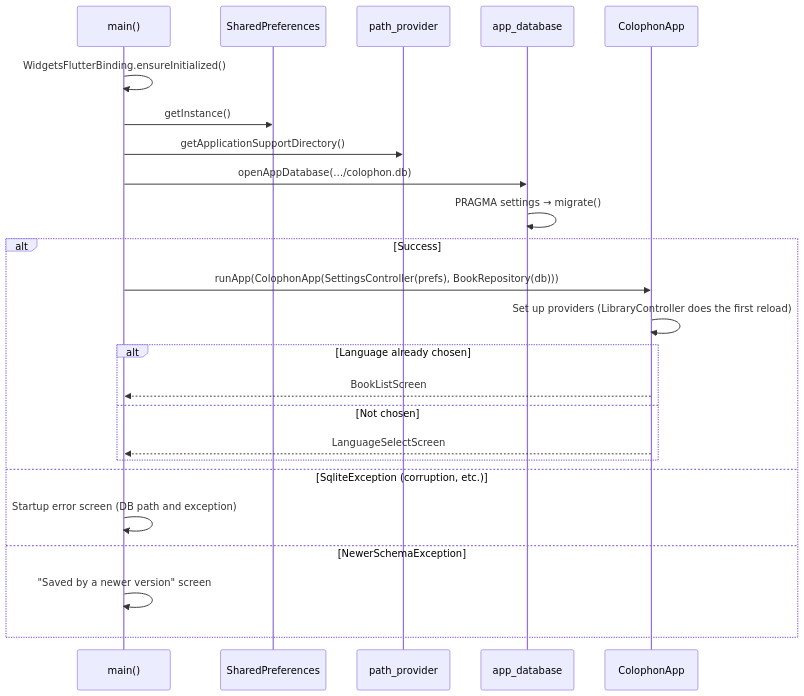
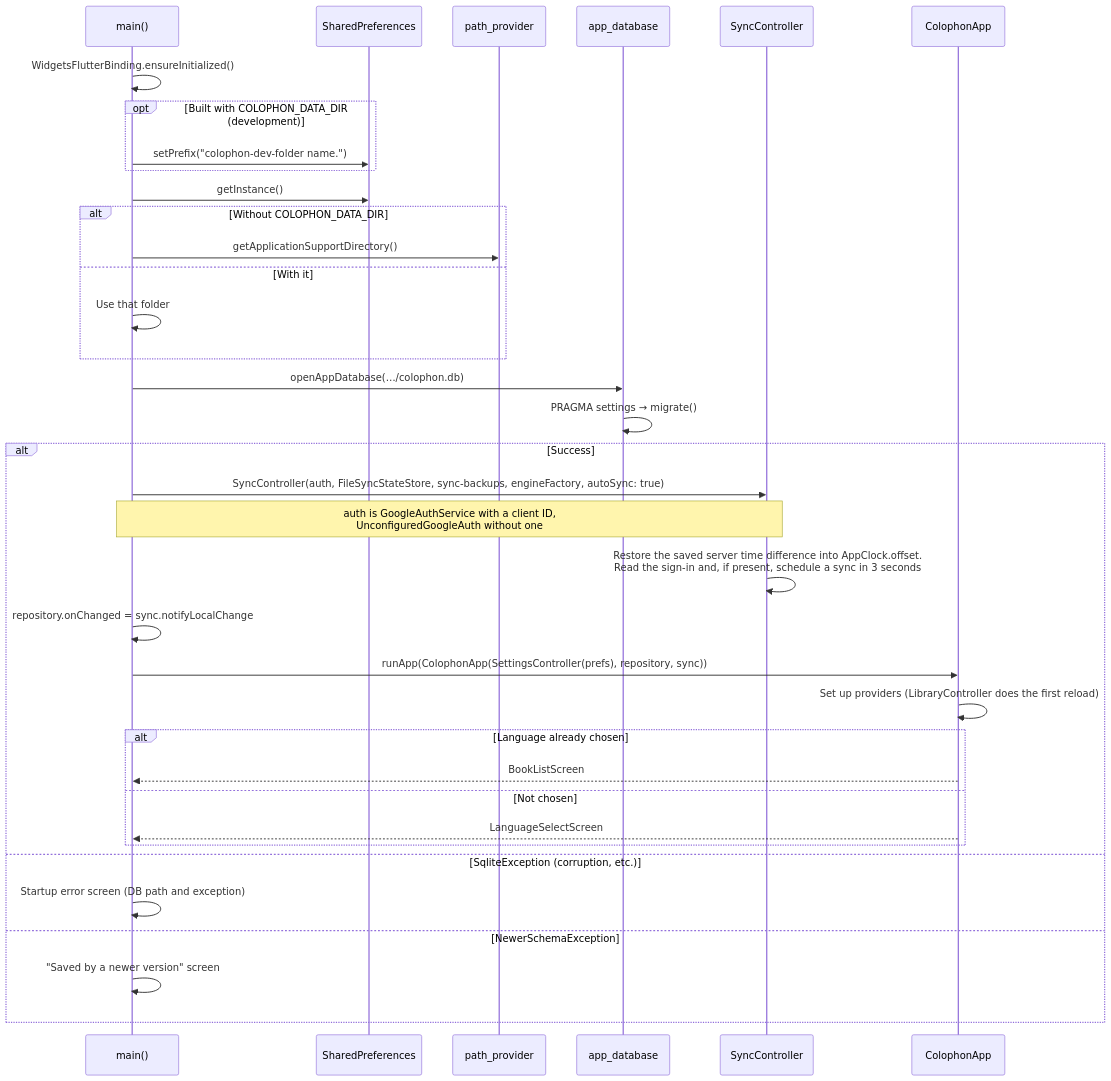
The seventh of 13 diagrams in docs/design/detail-design.md (colophonbooks/colophon), drawn with Mermaid before and after one commit. The commit also changed other lines of this file and 7 other files, not shown here.

First line of the commit message:
Document Google Drive sync

````diff
--- a/docs/design/detail-design.md
+++ b/docs/design/detail-design.md
@@ -694,27 +787,39 @@
 ```mermaid
 sequenceDiagram
     participant M as main()
     participant SP as SharedPreferences
     participant PP as path_provider
     participant DB as app_database
+    participant S as SyncController
     participant A as ColophonApp
 
     M->>M: WidgetsFlutterBinding.ensureInitialized()
+    opt Built with COLOPHON_DATA_DIR (development)
+        M->>SP: setPrefix("colophon-dev-folder name.")
+    end
     M->>SP: getInstance()
-    M->>PP: getApplicationSupportDirectory()
+    alt Without COLOPHON_DATA_DIR
+        M->>PP: getApplicationSupportDirectory()
+    else With it
+        M->>M: Use that folder
+    end
     M->>DB: openAppDatabase(…/colophon.db)
     DB->>DB: PRAGMA settings → migrate()
     alt Success
-        M->>A: runApp(ColophonApp(SettingsController(prefs), BookRepository(db)))
+        M->>S: SyncController(auth, FileSyncStateStore, sync-backups, engineFactory, autoSync: true)
+        Note over M,S: auth is GoogleAuthService with a client ID,<br/>UnconfiguredGoogleAuth without one
+        S->>S: Restore the saved server time difference into AppClock.offset.<br/>Read the sign-in and, if present, schedule a sync in 3 seconds
+        M->>M: repository.onChanged = sync.notifyLocalChange
+        M->>A: runApp(ColophonApp(SettingsController(prefs), repository, sync))
         A->>A: Set up providers (LibraryController does the first reload)
         alt Language already chosen
             A-->>M: BookListScreen
         else Not chosen
             A-->>M: LanguageSelectScreen
         end
     else SqliteException (corruption, etc.)
         M->>M: Startup error screen (DB path and exception)
     else NewerSchemaException
         M->>M: "Saved by a newer version" screen
     end
 ```
````
